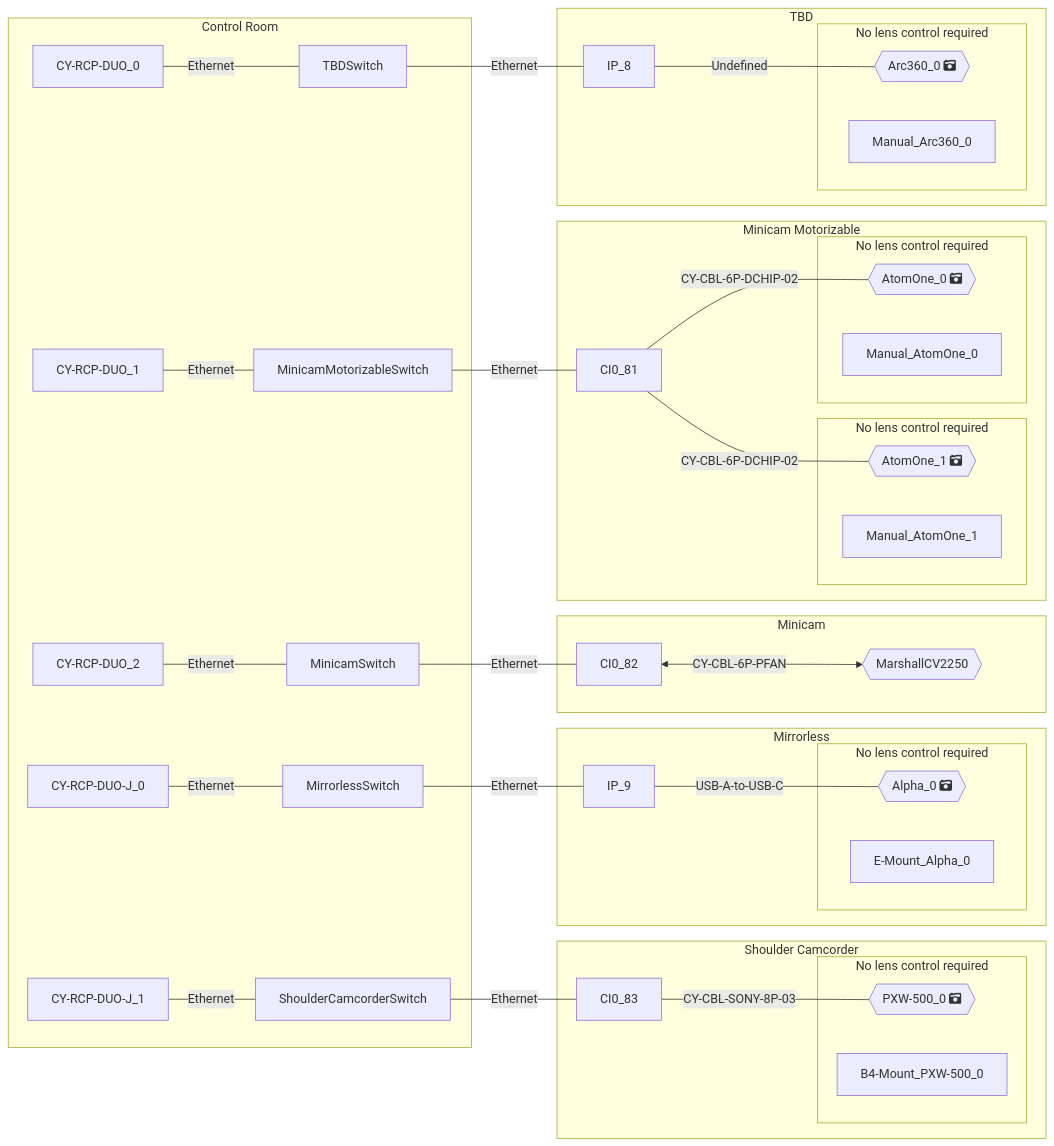
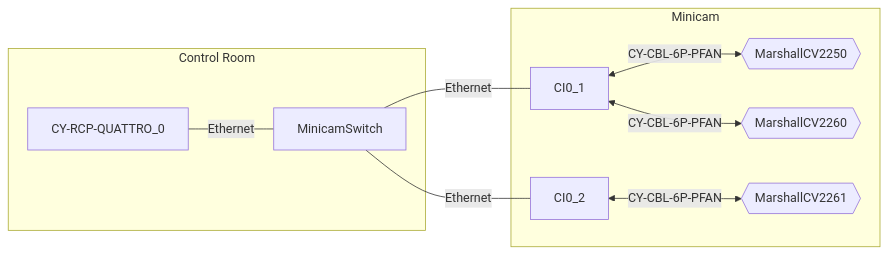
Before and after one commit to Rascarquapac/cyansim: the diagram in debug/mermaid_code_obj.md, drawn with Mermaid. The commit also changed 8 other files, not shown here.

```diff
--- a/debug/mermaid_code_obj.md
+++ b/debug/mermaid_code_obj.md
@@ -1,52 +1,14 @@
 :::mermaid
 graph RL
-subgraph TBD
-Arc360_0{{"Arc360_0 fa:fa-camera-retro"}}---|Undefined|IP_8
-  subgraph Arc360_0_cameralens [No lens control required]
-    Arc360_0
-    Manual_Arc360_0
-  end
-end
-subgraph Minicam Motorizable
-AtomOne_0{{"AtomOne_0 fa:fa-camera-retro"}}---|CY-CBL-6P-DCHIP-02|CI0_81
-  subgraph AtomOne_0_cameralens [No lens control required]
-    AtomOne_0
-    Manual_AtomOne_0
-  end
-AtomOne_1{{"AtomOne_1 fa:fa-camera-retro"}}---|CY-CBL-6P-DCHIP-02|CI0_81
-  subgraph AtomOne_1_cameralens [No lens control required]
-    AtomOne_1
-    Manual_AtomOne_1
-  end
-end
 subgraph Minicam
-CV225_0{{"MarshallCV2250"}}<-->|CY-CBL-6P-PFAN|CI0_82
-end
-subgraph Mirrorless
-Alpha_0{{"Alpha_0 fa:fa-camera-retro"}}---|USB-A-to-USB-C|IP_9
-  subgraph Alpha_0_cameralens [No lens control required]
-    Alpha_0
-    E-Mount_Alpha_0
-  end
-end
-subgraph Shoulder Camcorder
-PXW-500_0{{"PXW-500_0 fa:fa-camera-retro"}}---|CY-CBL-SONY-8P-03|CI0_83
-  subgraph PXW-500_0_cameralens [No lens control required]
-    PXW-500_0
-    B4-Mount_PXW-500_0
-  end
+CV225_0{{"MarshallCV2250"}}<-->|CY-CBL-6P-PFAN|CI0_1
+CV226_0{{"MarshallCV2260"}}<-->|CY-CBL-6P-PFAN|CI0_1
+CV226_1{{"MarshallCV2261"}}<-->|CY-CBL-6P-PFAN|CI0_2
 end
 subgraph "Control Room" 
-IP_8 --- |Ethernet|TBDSwitch
-CI0_81 --- |Ethernet|MinicamMotorizableSwitch
-CI0_82 --- |Ethernet|MinicamSwitch
-IP_9 --- |Ethernet|MirrorlessSwitch
-CI0_83 --- |Ethernet|ShoulderCamcorderSwitch
-TBDSwitch --- |Ethernet|CY-RCP-DUO_0
-MinicamMotorizableSwitch --- |Ethernet|CY-RCP-DUO_1
-MinicamSwitch --- |Ethernet|CY-RCP-DUO_2
-MirrorlessSwitch --- |Ethernet|CY-RCP-DUO-J_0
-ShoulderCamcorderSwitch --- |Ethernet|CY-RCP-DUO-J_1
+CI0_1 --- |Ethernet|MinicamSwitch
+CI0_2 --- |Ethernet|MinicamSwitch
+MinicamSwitch --- |Ethernet|CY-RCP-QUATTRO_0
 end
 
 :::
```
